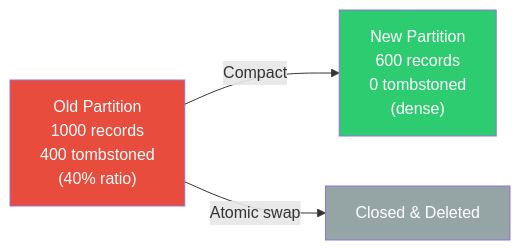
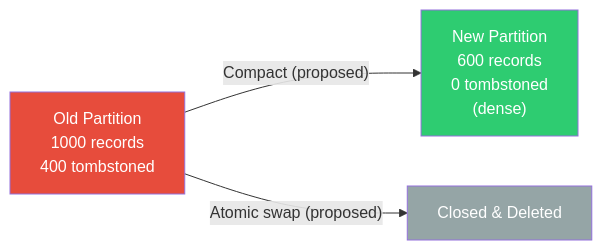
One commit to spectrayan/spector changed the second of 5 diagrams in docs/memory/consolidation.md. Above: the diagram before and after it, drawn with Mermaid. The commit also changed other lines of this file and 26 other files, not shown here.

````diff
--- a/docs/memory/consolidation.md
+++ b/docs/memory/consolidation.md
@@ -64,9 +84,9 @@
 ```mermaid
 graph LR
-    A["Old Partition<br/>1000 records<br/>400 tombstoned<br/>(40% ratio)"] -->|"Compact"| B["New Partition<br/>600 records<br/>0 tombstoned<br/>(dense)"]
-    A -->|"Atomic swap"| C["Closed & Deleted"]
+    A["Old Partition<br/>1000 records<br/>400 tombstoned"] -->|"Compact (proposed)"| B["New Partition<br/>600 records<br/>0 tombstoned<br/>(dense)"]
+    A -->|"Atomic swap (proposed)"| C["Closed & Deleted"]
 
     style A fill:#e74c3c,color:white
     style B fill:#2ecc71,color:white
     style C fill:#95a5a6,color:white
 ```
````
